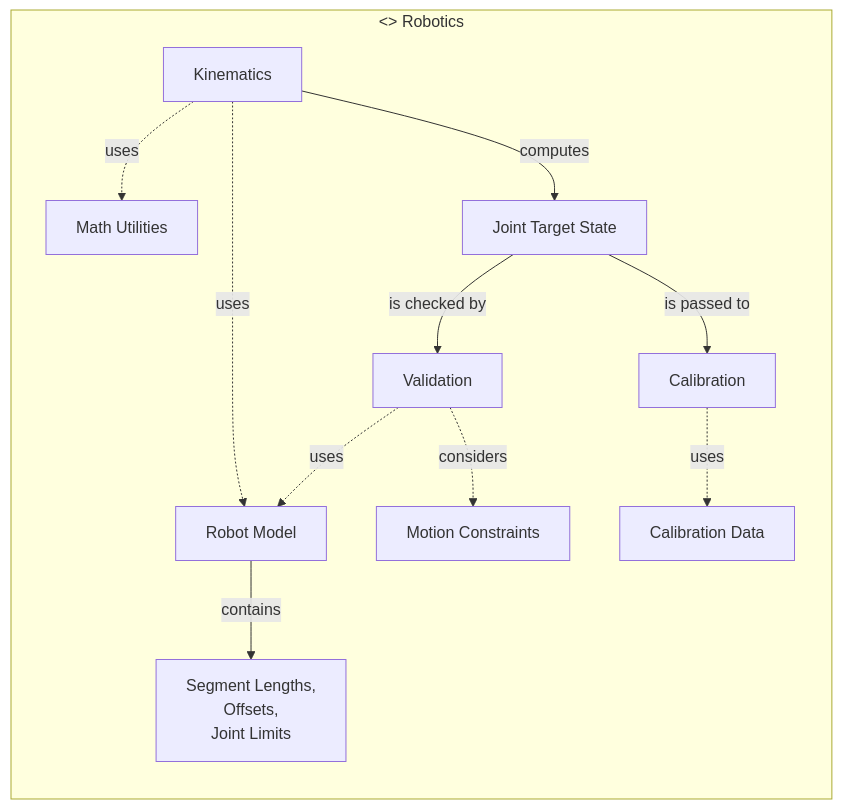
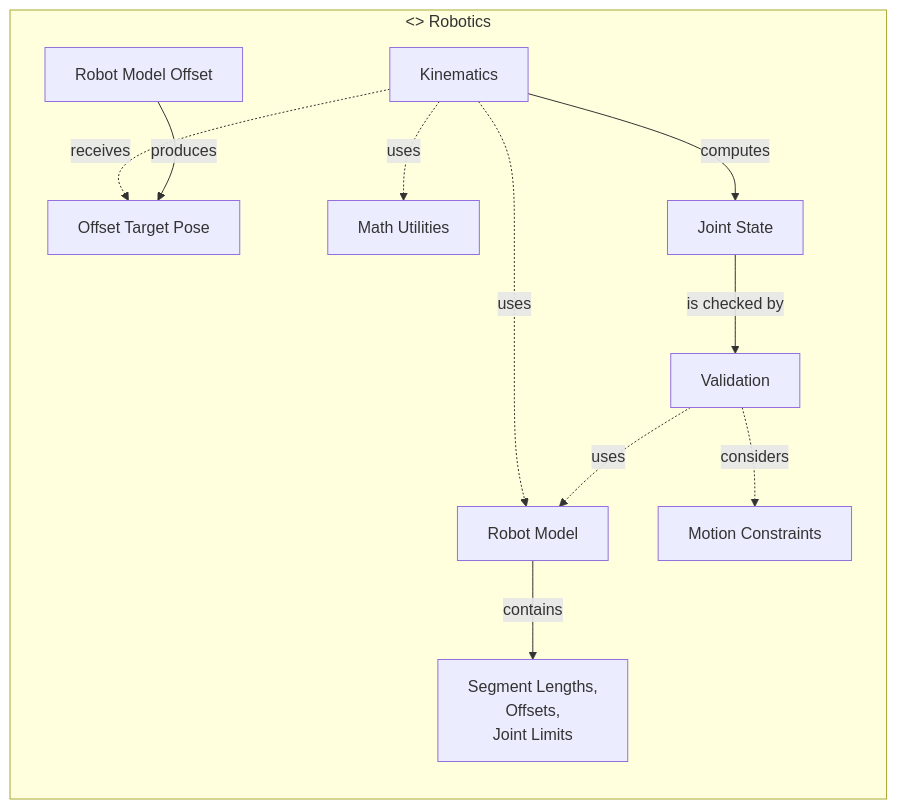
Before and after one commit to butz1999/inverse_kinematik: the fourth of 7 diagrams in doc/projektbeschreibung.md, drawn with Mermaid. The commit also changed other lines of this file and 5 other files, not shown here.

````diff
--- a/doc/projektbeschreibung.md
+++ b/doc/projektbeschreibung.md
@@ -483,24 +491,24 @@
 ```mermaid
 flowchart LR
     subgraph ROB["<<component>> Robotics"]
         C1[Kinematics]
         C2[Validation]
         C3[Robot Model]
-        C4[Calibration Data]
+        C4[Robot Model Offset]
         C5[Motion Constraints]
-        C6[Joint Target State]
-        C7[Calibration]
+        C6[Joint State]
+        C7[Offset Target Pose]
         C8[Math Utilities]
         C9[Segment Lengths,\nOffsets,\nJoint Limits]
 
         C1 -.->|uses| C3
+        C1 -.->|receives| C7
         C1 -.->|uses| C8
         C2 -.->|uses| C3
         C2 -.->|considers| C5
         C3 -->|contains| C9
+        C4 -->|produces| C7
         C1 -->|computes| C6
         C6 -->|is checked by| C2
-        C7 -.->|uses| C4
-        C6 -->|is passed to| C7
     end
 ```
````
